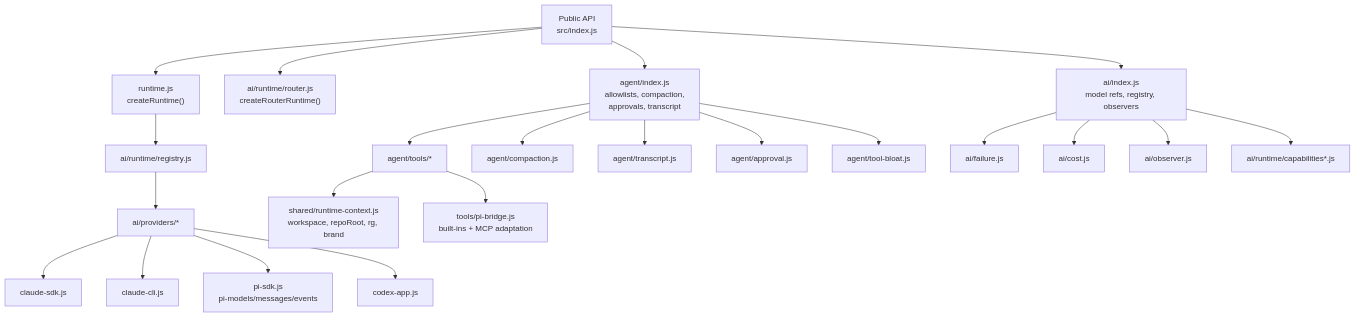
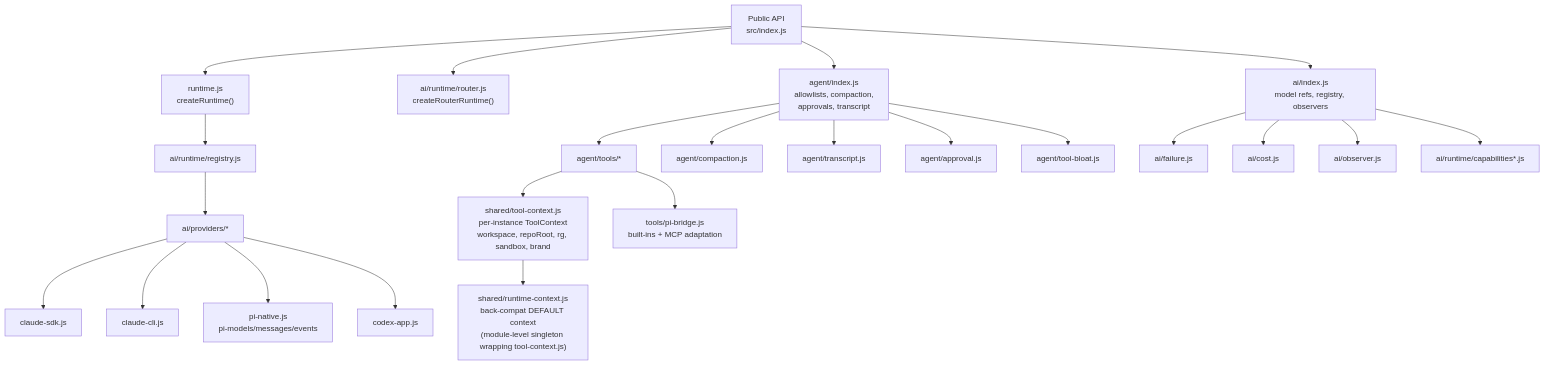
The fourth of 5 diagrams in packages/agent-runtime/ARCHITECTURE.md (robertsreberski/mono-agent), drawn with Mermaid before and after one commit. The commit also changed other lines of this file and 90 other files, not shown here.

First line of the commit message:
feat(agent-runtime): solid reusable agent kernel — pi 0.80, zero workspace deps, decomposed pi-native, worklab port-ready (#116)

````diff
--- a/packages/agent-runtime/ARCHITECTURE.md
+++ b/packages/agent-runtime/ARCHITECTURE.md
@@ -126,29 +131,30 @@
 ```mermaid
 flowchart TB
   Public["Public API<br/>src/index.js"] --> RuntimeFactory["runtime.js<br/>createRuntime()"]
   Public --> Router["ai/runtime/router.js<br/>createRouterRuntime()"]
   Public --> AIExports["ai/index.js<br/>model refs, registry, observers"]
   Public --> AgentExports["agent/index.js<br/>allowlists, compaction,<br/>approvals, transcript"]
 
   RuntimeFactory --> Registry["ai/runtime/registry.js"]
   Registry --> Providers["ai/providers/*"]
 
   Providers --> Claude["claude-sdk.js"]
   Providers --> ClaudeCode["claude-cli.js"]
-  Providers --> Pi["pi-sdk.js<br/>pi-models/messages/events"]
+  Providers --> Pi["pi-native.js<br/>pi-models/messages/events"]
   Providers --> Codex["codex-app.js"]
 
   AgentExports --> Tools["agent/tools/*"]
-  Tools --> ToolRuntime["shared/runtime-context.js<br/>workspace, repoRoot, rg, brand"]
+  Tools --> ToolContext["shared/tool-context.js<br/>per-instance ToolContext<br/>workspace, repoRoot, rg, sandbox, brand"]
+  ToolContext --> ToolRuntime["shared/runtime-context.js<br/>back-compat DEFAULT context<br/>(module-level singleton wrapping tool-context.js)"]
   Tools --> PiBridge["tools/pi-bridge.js<br/>built-ins + MCP adaptation"]
 
   AgentExports --> Compaction["agent/compaction.js"]
   AgentExports --> Transcript["agent/transcript.js"]
   AgentExports --> Approval["agent/approval.js"]
   AgentExports --> Bloat["agent/tool-bloat.js"]
 
   AIExports --> Failure["ai/failure.js"]
   AIExports --> Cost["ai/cost.js"]
   AIExports --> Observer["ai/observer.js"]
   AIExports --> Capabilities["ai/runtime/capabilities*.js"]
 ```
````
